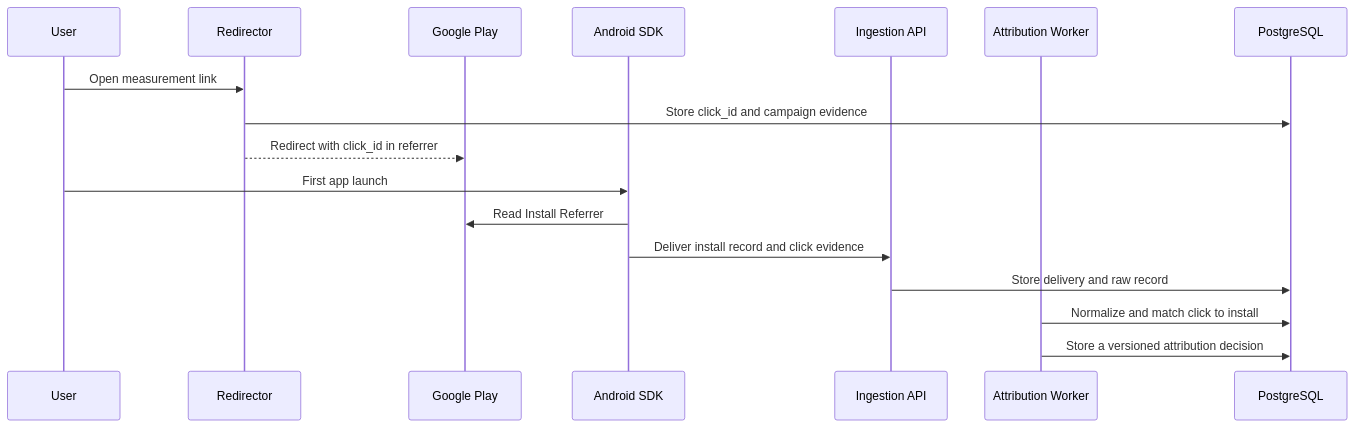
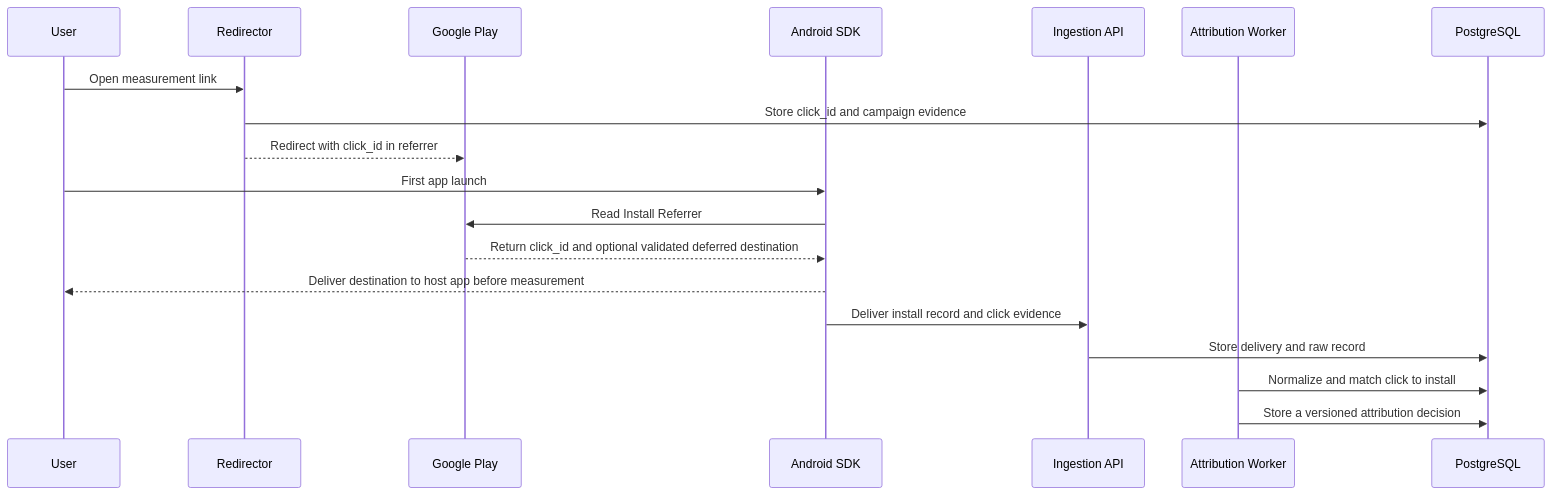
One commit to yubisuke/openmasu changed the diagram in docs/architecture.md. Above: the diagram before and after it, drawn with Mermaid. The commit also changed other lines of this file and 339 other files, not shown here.

````diff
--- a/docs/architecture.md
+++ b/docs/architecture.md
@@ -26,20 +26,22 @@
 ```mermaid
 sequenceDiagram
     participant U as User
     participant R as Redirector
     participant P as Google Play
     participant S as Android SDK
     participant I as Ingestion API
     participant W as Attribution Worker
     participant D as PostgreSQL
 
     U->>R: Open measurement link
     R->>D: Store click_id and campaign evidence
     R-->>P: Redirect with click_id in referrer
     U->>S: First app launch
     S->>P: Read Install Referrer
+    P-->>S: Return click_id and optional validated deferred destination
+    S-->>U: Deliver destination to host app before measurement
     S->>I: Deliver install record and click evidence
     I->>D: Store delivery and raw record
     W->>D: Normalize and match click to install
     W->>D: Store a versioned attribution decision
 ```
````
